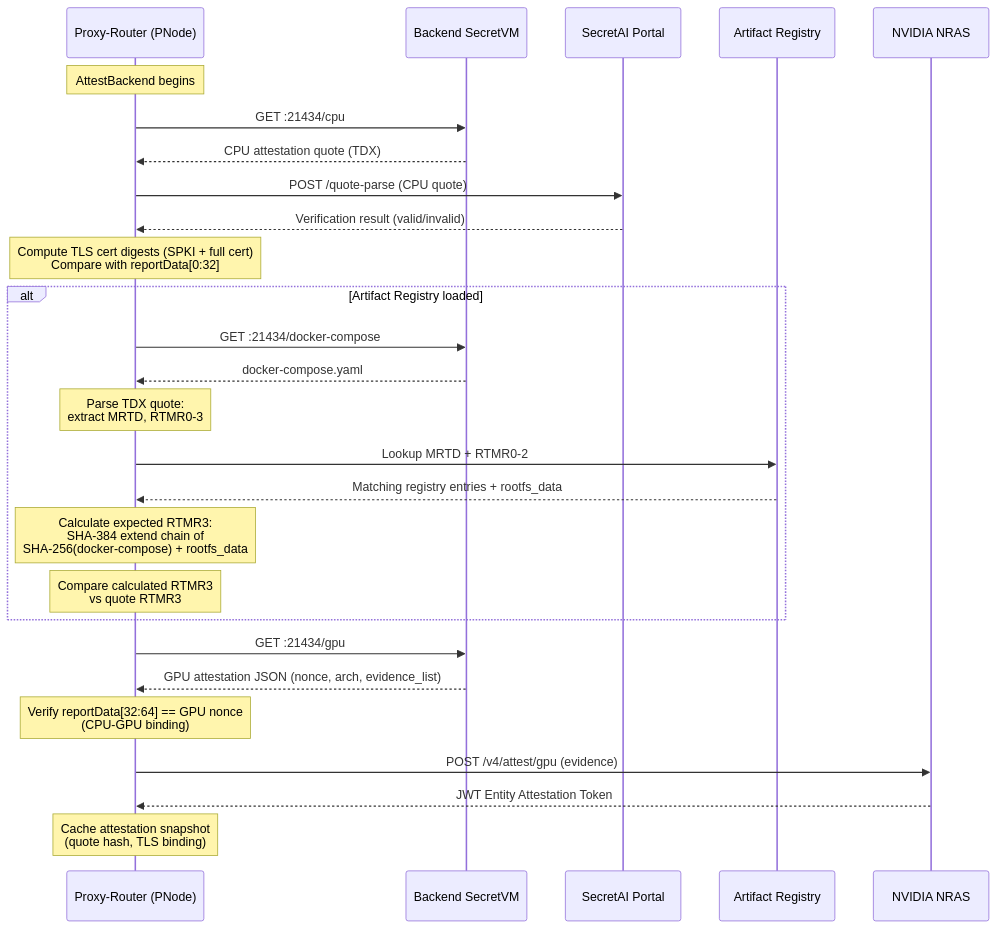
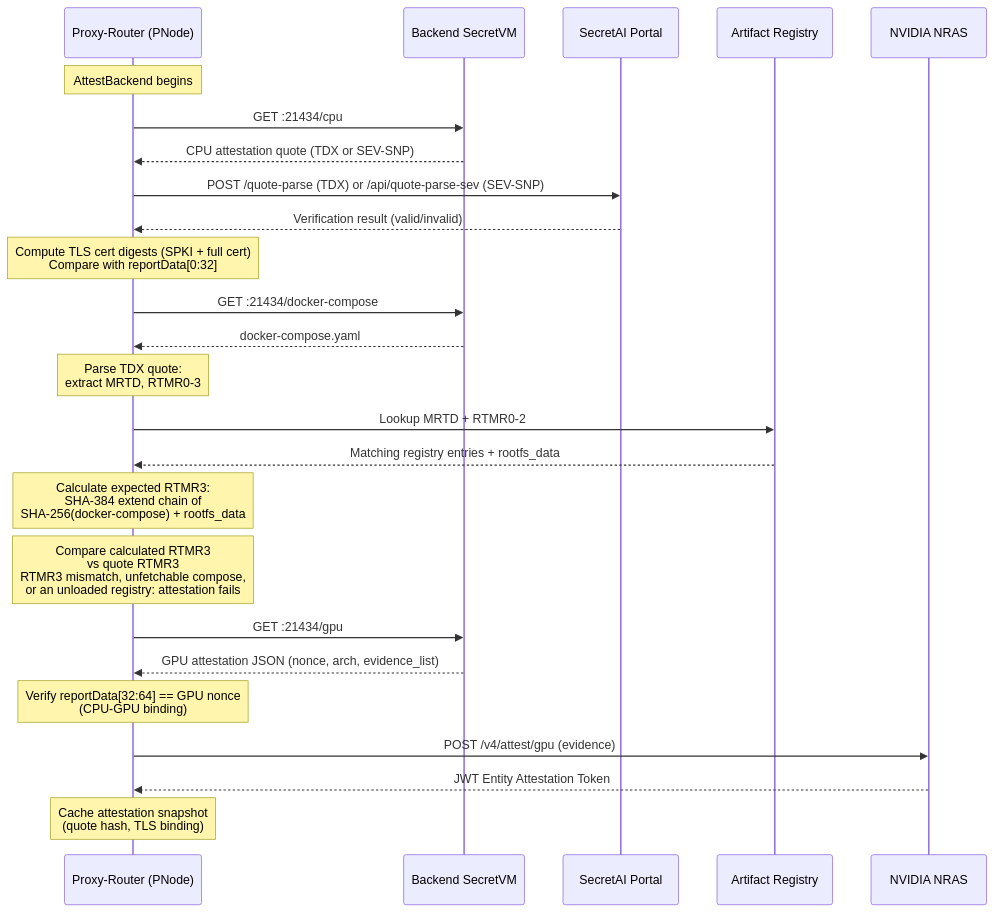
The first of 3 diagrams in docs/providers/full/tee-backend-verification.mdx (cowboycoderhq/Morpheus-Lumerin-Node), drawn with Mermaid before and after one commit. The commit also changed other lines of this file and 80 other files, not shown here.

````diff
--- a/docs/providers/full/tee-backend-verification.mdx
+++ b/docs/providers/full/tee-backend-verification.mdx
@@ -64,42 +64,40 @@
 ```mermaid
 sequenceDiagram
     participant P as Proxy-Router (PNode)
     participant B as Backend SecretVM
     participant S as SecretAI Portal
     participant R as Artifact Registry
     participant N as NVIDIA NRAS
 
     Note over P: AttestBackend begins
 
     P->>B: GET :21434/cpu
-    B-->>P: CPU attestation quote (TDX)
+     B-->>P: CPU attestation quote (TDX or SEV-SNP)
 
-    P->>S: POST /quote-parse (CPU quote)
+P->>S: POST /quote-parse (TDX) or /api/quote-parse-sev (SEV-SNP)
     S-->>P: Verification result (valid/invalid)
 
     Note over P: Compute TLS cert digests (SPKI + full cert)<br/>Compare with reportData[0:32]
 
-    alt Artifact Registry loaded
-        P->>B: GET :21434/docker-compose
-        B-->>P: docker-compose.yaml
+    P->>B: GET :21434/docker-compose
+    B-->>P: docker-compose.yaml
 
-        Note over P: Parse TDX quote:<br/>extract MRTD, RTMR0-3
+    Note over P: Parse TDX quote:<br/>extract MRTD, RTMR0-3
 
-        P->>R: Lookup MRTD + RTMR0-2
-        R-->>P: Matching registry entries + rootfs_data
+    P->>R: Lookup MRTD + RTMR0-2
+    R-->>P: Matching registry entries + rootfs_data
 
-        Note over P: Calculate expected RTMR3:<br/>SHA-384 extend chain of<br/>SHA-256(docker-compose) + rootfs_data
+    Note over P: Calculate expected RTMR3:<br/>SHA-384 extend chain of<br/>SHA-256(docker-compose) + rootfs_data
 
-        Note over P: Compare calculated RTMR3<br/>vs quote RTMR3
-    end
+    Note over P: Compare calculated RTMR3<br/>vs quote RTMR3<br/>RTMR3 mismatch, unfetchable compose,<br/>or an unloaded registry: attestation fails
 
     P->>B: GET :21434/gpu
     B-->>P: GPU attestation JSON (nonce, arch, evidence_list)
 
     Note over P: Verify reportData[32:64] == GPU nonce<br/>(CPU-GPU binding)
 
     P->>N: POST /v4/attest/gpu (evidence)
     N-->>P: JWT Entity Attestation Token
 
     Note over P: Cache attestation snapshot<br/>(quote hash, TLS binding)
 ```
````
